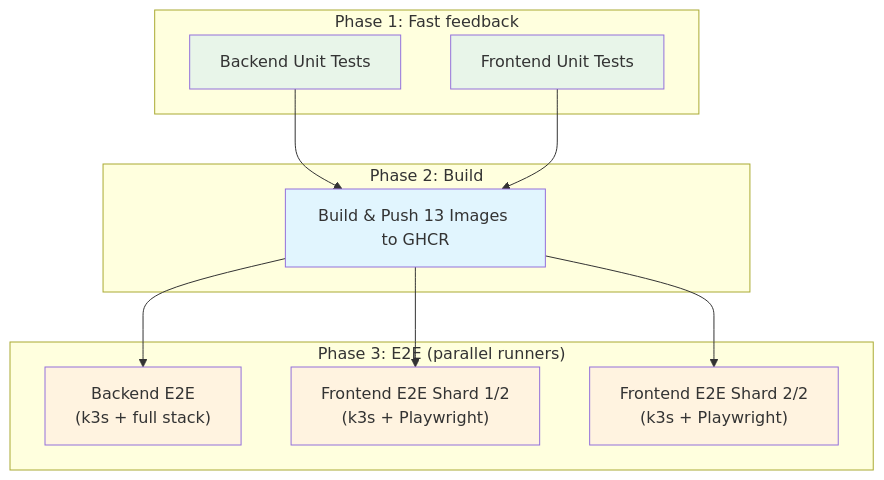
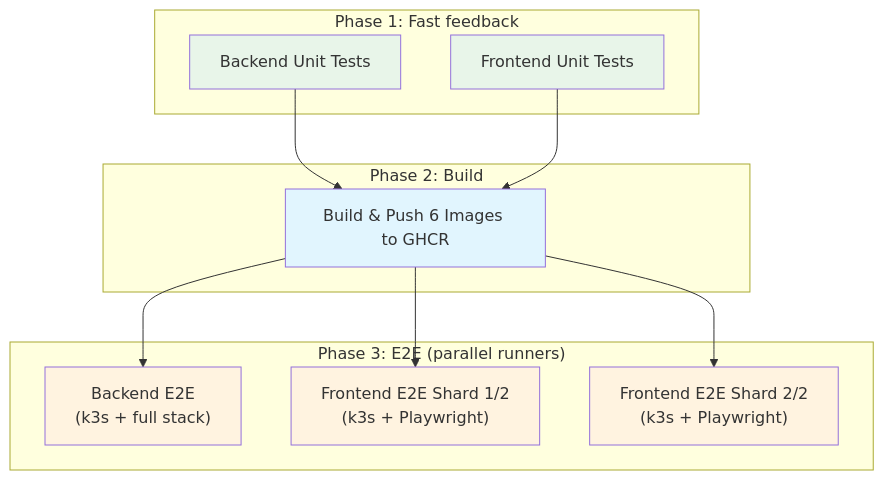
One commit to HardMax71/Integr8sCode changed the second of 3 diagrams in docs/operations/cicd.md. Above: the diagram before and after it, drawn with Mermaid. The commit also changed other lines of this file and 59 other files, not shown here.

````diff
--- a/docs/operations/cicd.md
+++ b/docs/operations/cicd.md
@@ -87,28 +87,28 @@
 ```mermaid
 graph TD
     subgraph "Phase 1: Fast feedback"
         A["Backend Unit Tests"]
         B["Frontend Unit Tests"]
     end
 
     subgraph "Phase 2: Build"
-        C["Build & Push 13 Images to GHCR"]
+        C["Build & Push 6 Images to GHCR"]
     end
 
     subgraph "Phase 3: E2E (parallel runners)"
         D["Backend E2E<br/>(k3s + full stack)"]
         E["Frontend E2E Shard 1/2<br/>(k3s + Playwright)"]
         F["Frontend E2E Shard 2/2<br/>(k3s + Playwright)"]
     end
 
     A --> C
     B --> C
     C --> D & E & F
 
     style A fill:#e8f5e9
     style B fill:#e8f5e9
     style C fill:#e1f5fe
     style D fill:#fff3e0
     style E fill:#fff3e0
     style F fill:#fff3e0
 ```
````
